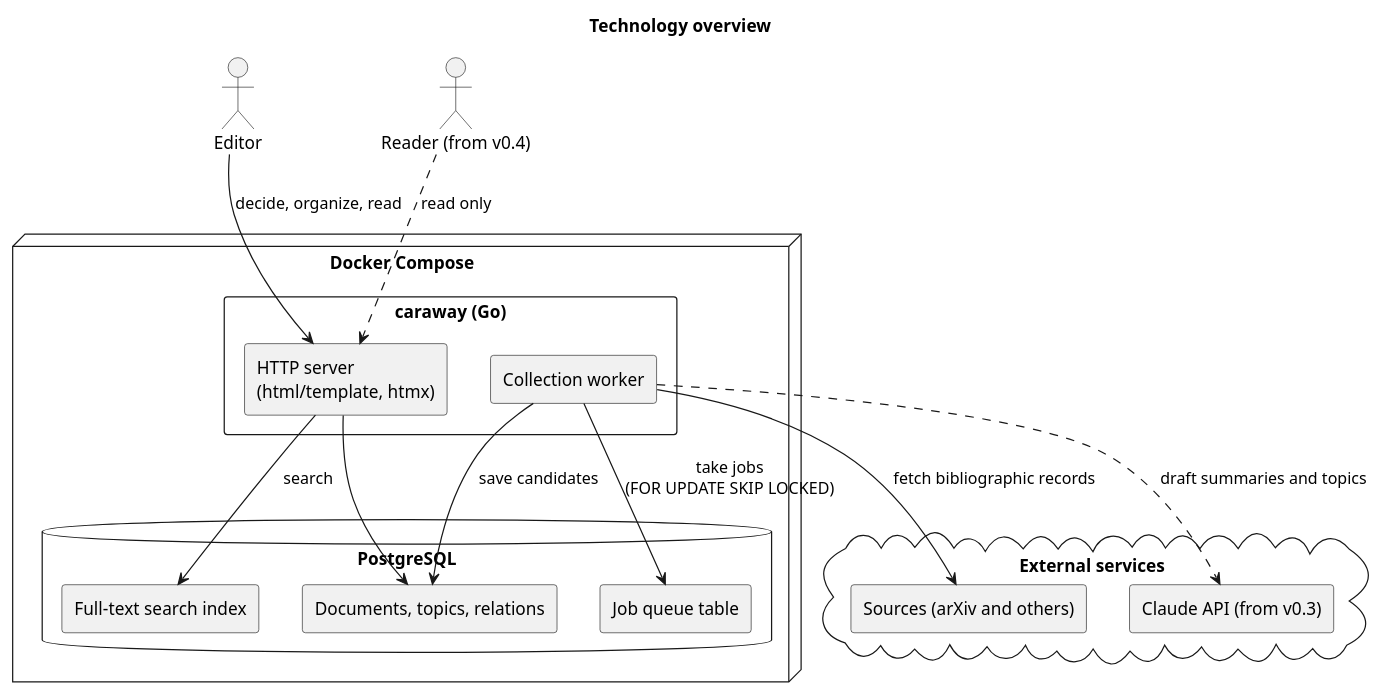
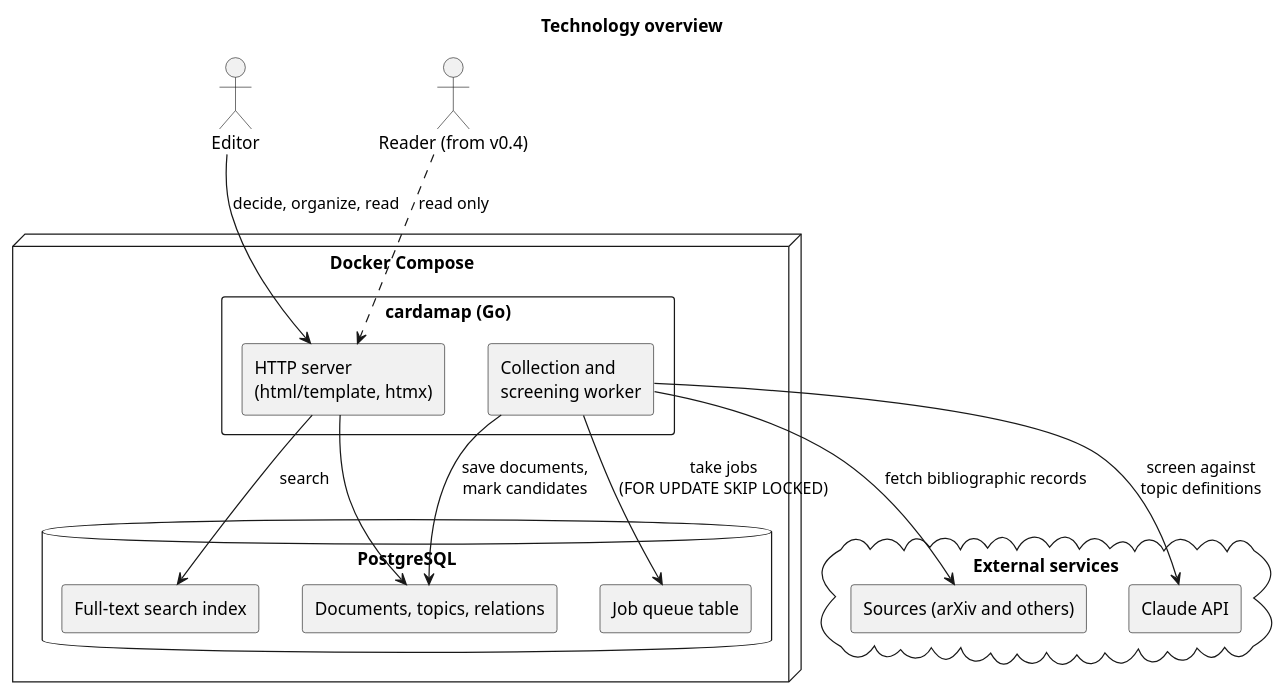
One commit to cloveclovedev/caraway changed the diagram in docs/ja/requirements/technology.puml. Above: the diagram before and after it, drawn with PlantUML. The commit also changed 21 other files, not shown here.

First line of the commit message:
docs(requirements): rename to cardamap and add the SCREEN area

```diff
--- a/docs/ja/requirements/technology.puml
+++ b/docs/ja/requirements/technology.puml
@@ -1,34 +1,34 @@
 @startuml technology
 title Technology overview
 skinparam shadowing false
 skinparam componentStyle rectangle
 
 actor "Editor" as editor
 actor "Reader (from v0.4)" as reader
 
 cloud "External services" {
   [Sources (arXiv and others)] as sources
-  [Claude API (from v0.3)] as claude
+  [Claude API] as claude
 }
 
 node "Docker Compose" {
-  component "caraway (Go)" as app {
+  component "cardamap (Go)" as app {
     [HTTP server\n(html/template, htmx)] as web
-    [Collection worker] as worker
+    [Collection and\nscreening worker] as worker
   }
   database "PostgreSQL" as db {
     [Documents, topics, relations] as tables
     [Full-text search index] as fts
     [Job queue table] as queue
   }
 }
 
 editor --> web : decide, organize, read
 reader ..> web : read only
 web --> tables
 web --> fts : search
 worker --> queue : take jobs\n(FOR UPDATE SKIP LOCKED)
 worker --> sources : fetch bibliographic records
-worker --> tables : save candidates
-worker ..> claude : draft summaries and topics
+worker --> tables : save documents,\nmark candidates
+worker --> claude : screen against\ntopic definitions
 @enduml
```
